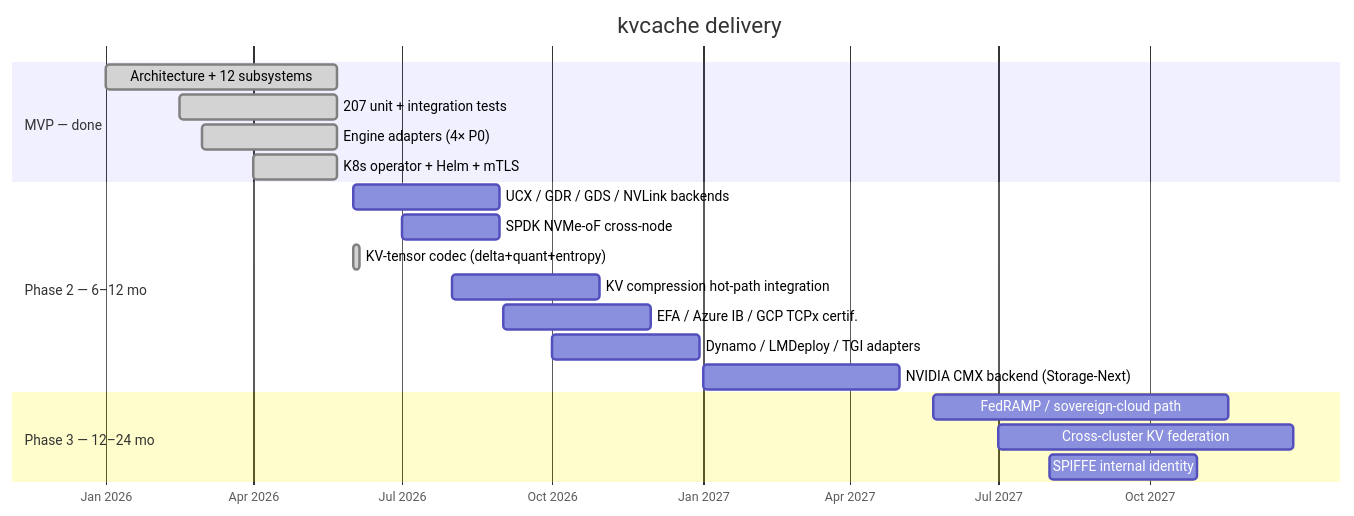
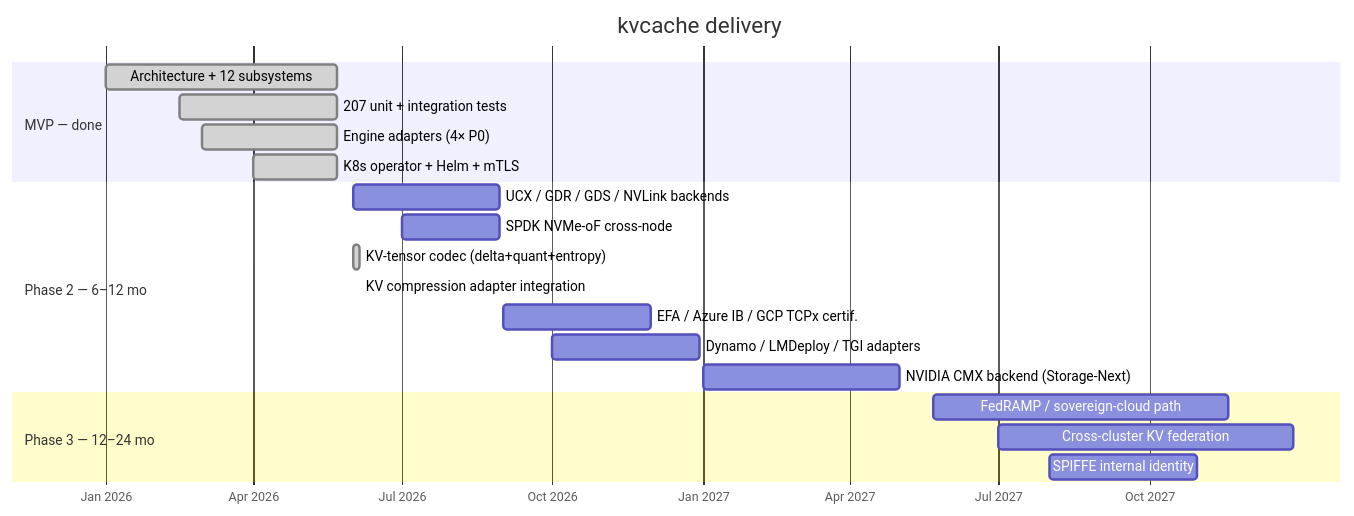
The second of 2 diagrams in README.md (Stephen-Pu/agent-state-storage), drawn with Mermaid before and after one commit. The commit also changed other lines of this file and 10 other files, not shown here.

Commit message:
Phase KVZ-3: KV compression end-to-end via adapter (kv_lookup_stored_bytes + SGLang compress mode) [ci-vllm]

````diff
--- a/README.md
+++ b/README.md
@@ -399,23 +400,23 @@
 ```mermaid
 gantt
     title kvcache delivery
     dateFormat YYYY-MM-DD
     axisFormat %b %Y
     section MVP — done
     Architecture + 12 subsystems          :done, 2026-01-01, 2026-05-22
     207 unit + integration tests          :done, 2026-02-15, 2026-05-22
     Engine adapters (4× P0)               :done, 2026-03-01, 2026-05-22
     K8s operator + Helm + mTLS            :done, 2026-04-01, 2026-05-22
     section Phase 2 — 6–12 mo
     UCX / GDR / GDS / NVLink backends     :2026-06-01, 90d
     SPDK NVMe-oF cross-node               :2026-07-01, 60d
     KV-tensor codec (delta+quant+entropy) :done, 2026-06-01, 2026-06-05
-    KV compression hot-path integration   :2026-08-01, 90d
+    KV compression adapter integration    :done, 2026-06-05, 2026-06-05
     EFA / Azure IB / GCP TCPx certif.     :2026-09-01, 90d
     Dynamo / LMDeploy / TGI adapters      :2026-10-01, 90d
     NVIDIA CMX backend (Storage-Next)     :2027-01-01, 120d
     section Phase 3 — 12–24 mo
     FedRAMP / sovereign-cloud path        :2027-05-22, 180d
     Cross-cluster KV federation           :2027-07-01, 180d
     SPIFFE internal identity              :2027-08-01, 90d
 ```
````
